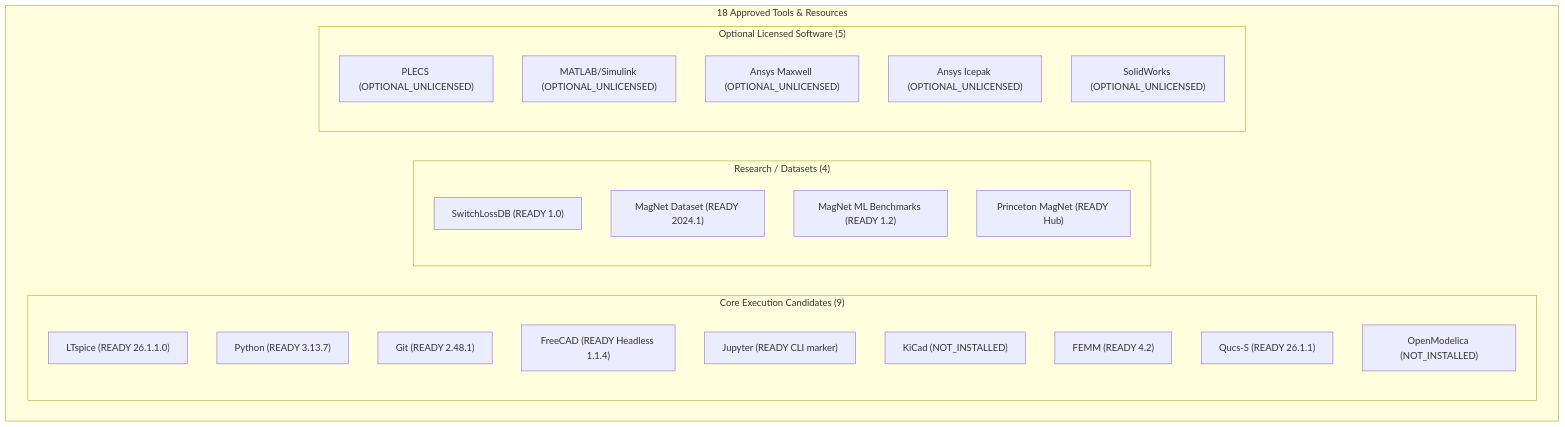
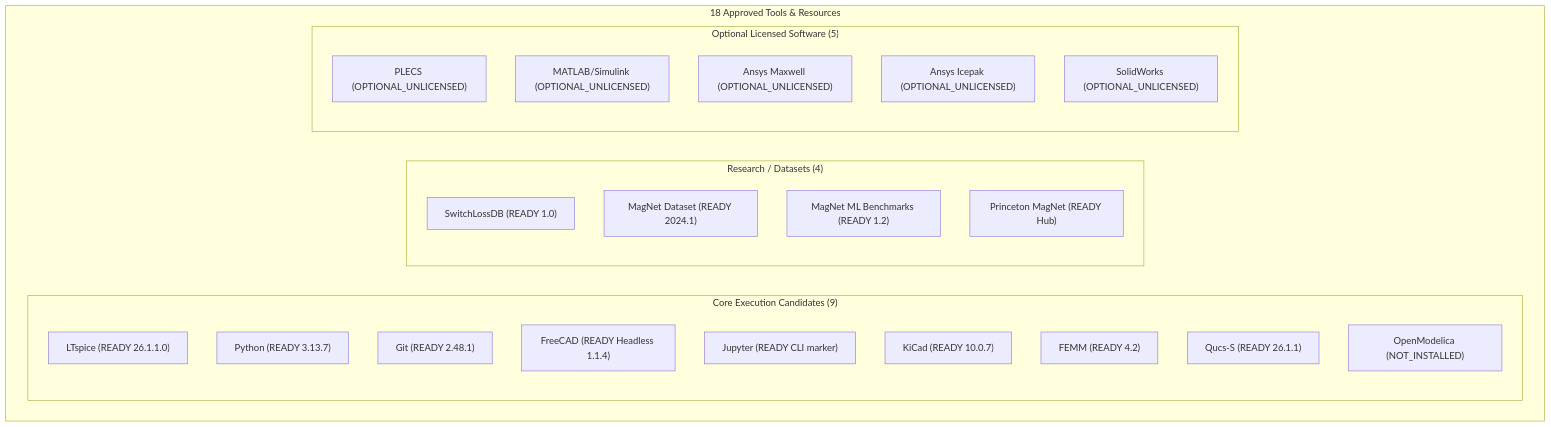
One commit to mendextechnologies-dot/Mendex-Studio changed the diagram in docs/v1.6/TOOL_READINESS_MATRIX.md. Above: the diagram before and after it, drawn with Mermaid. The commit also changed other lines of this file and 7 other files, not shown here.

````diff
--- a/docs/v1.6/TOOL_READINESS_MATRIX.md
+++ b/docs/v1.6/TOOL_READINESS_MATRIX.md
@@ -48,29 +48,29 @@
 ```mermaid
 flowchart TD
     subgraph Approved18Tools["18 Approved Tools & Resources"]
         subgraph CoreCandidates["Core Execution Candidates (9)"]
             T1["LTspice (READY 26.1.1.0)"]
             T2["Python (READY 3.13.7)"]
             T3["Git (READY 2.48.1)"]
             T4["FreeCAD (READY Headless 1.1.4)"]
             T5["Jupyter (READY CLI marker)"]
-            T6["KiCad (NOT_INSTALLED)"]
+            T6["KiCad (READY 10.0.7)"]
             T7["FEMM (READY 4.2)"]
             T8["Qucs-S (READY 26.1.1)"]
             T9["OpenModelica (NOT_INSTALLED)"]
         end
         subgraph ResearchDatasets["Research / Datasets (4)"]
             D1["SwitchLossDB (READY 1.0)"]
             D2["MagNet Dataset (READY 2024.1)"]
             D3["MagNet ML Benchmarks (READY 1.2)"]
             D4["Princeton MagNet (READY Hub)"]
         end
         subgraph CommercialStubs["Optional Licensed Software (5)"]
             C1["PLECS (OPTIONAL_UNLICENSED)"]
             C2["MATLAB/Simulink (OPTIONAL_UNLICENSED)"]
             C3["Ansys Maxwell (OPTIONAL_UNLICENSED)"]
             C4["Ansys Icepak (OPTIONAL_UNLICENSED)"]
             C5["SolidWorks (OPTIONAL_UNLICENSED)"]
         end
     end
 ```
````
